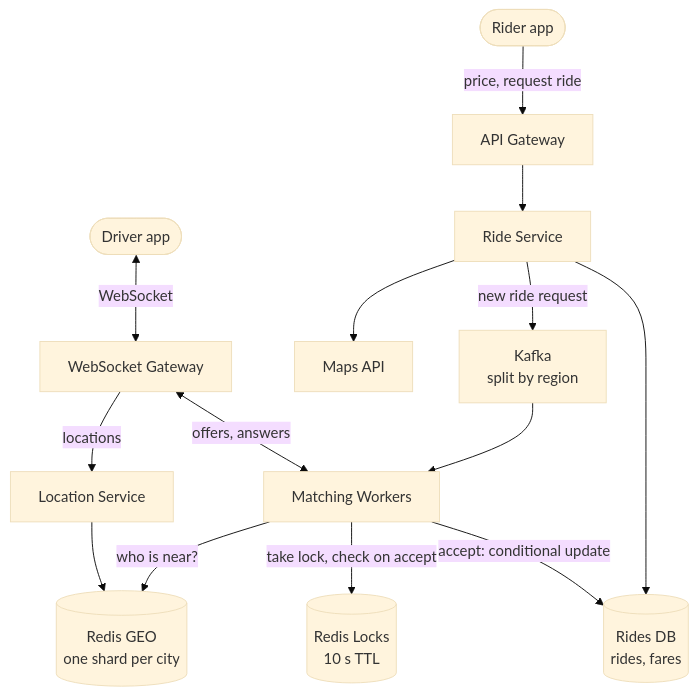
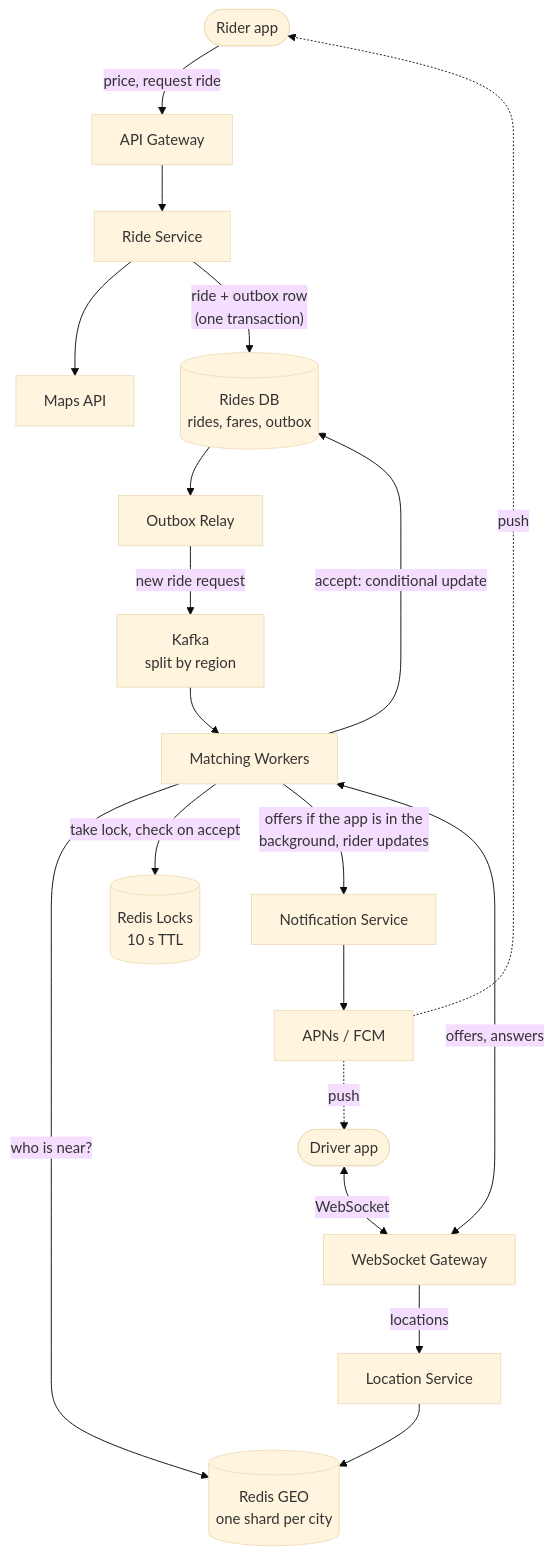
One commit to iamrs77/interview-ready changed the fourth of 4 diagrams in content/system-design/questions/uber.mdx. Above: the diagram before and after it, drawn with Mermaid (base theme). The commit also changed other lines of this file and 132 other files, not shown here.

````diff
--- a/content/system-design/questions/uber.mdx
+++ b/content/system-design/questions/uber.mdx
@@ -276,18 +285,23 @@
 ```mermaid
 flowchart TB
   Rider(["Rider app"]):::client
   Driver(["Driver app"]):::client
   Rider -->|"price, request ride"| GW["API Gateway"]:::lb
   Driver <-->|"WebSocket"| WSGW["WebSocket Gateway"]:::lb
   GW --> RideSvc["Ride Service"]:::service
   WSGW -->|"locations"| LocSvc["Location Service"]:::service
   RideSvc --> Maps["Maps API"]:::external
-  RideSvc -->|"new ride request"| Kafka["Kafka<br/>split by region"]:::queue
-  RideSvc --> RideDB[("Rides DB<br/>rides, fares")]:::db
+  RideSvc -->|"ride + outbox row<br/>(one transaction)"| RideDB[("Rides DB<br/>rides, fares, outbox")]:::db
+  RideDB --> Relay["Outbox Relay"]:::service
+  Relay -->|"new ride request"| Kafka["Kafka<br/>split by region"]:::queue
   Kafka --> Match["Matching Workers"]:::service
   WSGW <-->|"offers, answers"| Match
   LocSvc --> Geo[("Redis GEO<br/>one shard per city")]:::cache
   Match -->|"who is near?"| Geo
   Match -->|"take lock, check on accept"| Locks[("Redis Locks<br/>10 s TTL")]:::cache
   Match -->|"accept: conditional update"| RideDB
+  Match -->|"offers if the app is in the<br/>background, rider updates"| Notify["Notification Service"]:::service
+  Notify --> Push["APNs / FCM"]:::external
+  Push -.->|"push"| Driver
+  Push -.->|"push"| Rider
 ```
````
